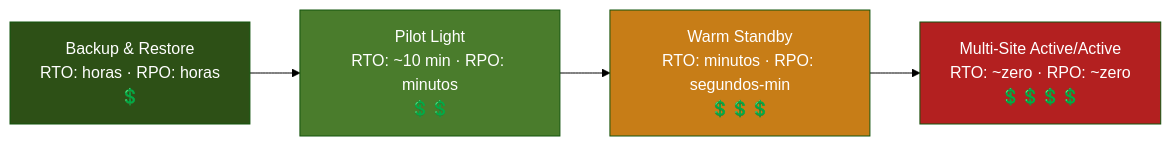
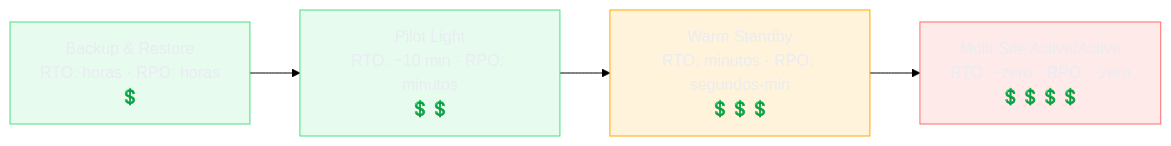
The third of 3 diagrams in 03-Dominios/Tecnologia/Cloud/20 - Resiliência e continuidade/03 - RTO, RPO e estratégias de DR.md (josenaldo/codex-technomanticus), drawn with Mermaid (forest theme) before and after one commit. The commit also changed 1181 other files, not shown here.

First line of the commit message:
fix(diagramas): paleta do sistema no lugar de cor cravada no markdown

````diff
--- a/03-Dominios/Tecnologia/Cloud/20 - Resiliência e continuidade/03 - RTO, RPO e estratégias de DR.md
+++ b/03-Dominios/Tecnologia/Cloud/20 - Resiliência e continuidade/03 - RTO, RPO e estratégias de DR.md
@@ -78,11 +78,14 @@
 ```mermaid
 graph LR
+    classDef ok fill:#4ADE8021,stroke:#4ADE80,color:#E9ECF2
+    classDef destaque fill:#FFAA0024,stroke:#FFAA00,color:#E9ECF2
+    classDef falha fill:#FF6B6B24,stroke:#FF6B6B,color:#E9ECF2
     A["Backup & Restore<br/>RTO: horas · RPO: horas<br/>💲"] --> B["Pilot Light<br/>RTO: ~10 min · RPO: minutos<br/>💲💲"]
     B --> C["Warm Standby<br/>RTO: minutos · RPO: segundos-min<br/>💲💲💲"]
     C --> D["Multi-Site Active/Active<br/>RTO: ~zero · RPO: ~zero<br/>💲💲💲💲"]
 
-    style A fill:#2d5016,color:#fff
-    style B fill:#4a7c2c,color:#fff
-    style C fill:#c77d17,color:#fff
-    style D fill:#b32020,color:#fff
+    class A ok
+    class B ok
+    class C destaque
+    class D falha
 ```
````
